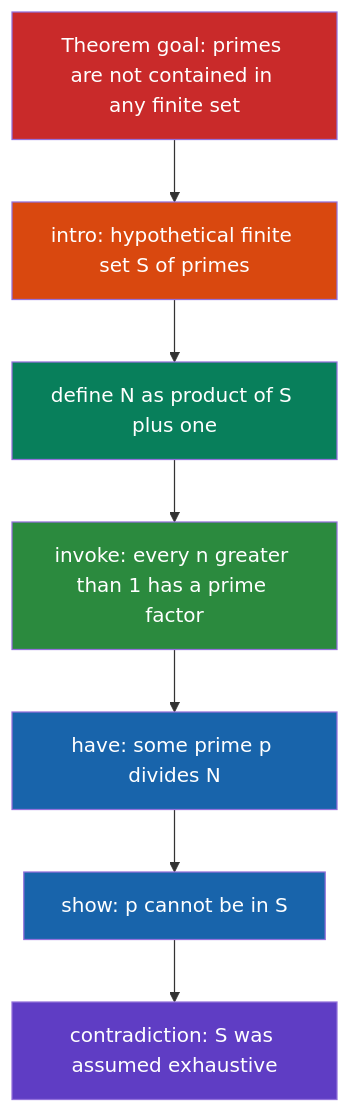
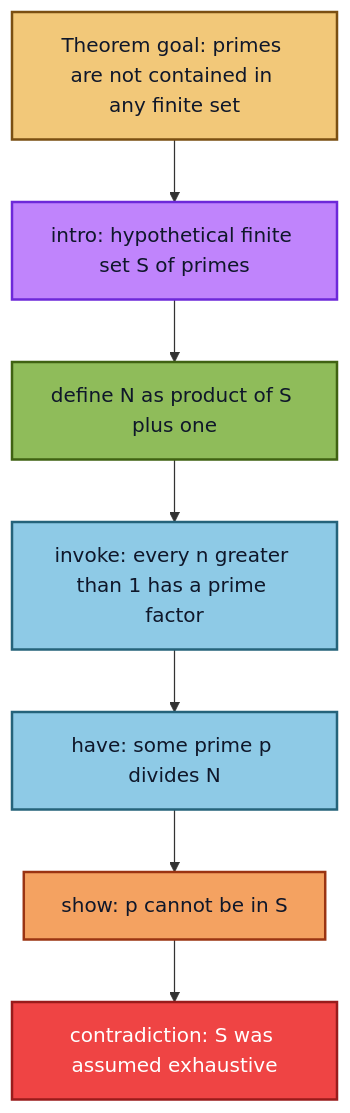
One commit to garywelz/progframe changed the fourth of 8 diagrams in collaborations/mathematics-database/algorithms-axiomatic-theories-proofs-revised.md. Above: the diagram before and after it, drawn with Mermaid. The commit also changed other lines of this file and 13 other files, not shown here.

````diff
--- a/collaborations/mathematics-database/algorithms-axiomatic-theories-proofs-revised.md
+++ b/collaborations/mathematics-database/algorithms-axiomatic-theories-proofs-revised.md
@@ -289,18 +300,23 @@
 ```mermaid
 flowchart TD
     T["Theorem goal: primes are not contained in any finite set"]
     G1["intro: hypothetical finite set S of primes"]
     G2["define N as product of S plus one"]
     G3["invoke: every n greater than 1 has a prime factor"]
     G4["have: some prime p divides N"]
     G5["show: p cannot be in S"]
     G6["contradiction: S was assumed exhaustive"]
     T --> G1 --> G2 --> G3 --> G4 --> G5 --> G6
-    style T fill:#c92a2a,color:#fff
-    style G1 fill:#d9480f,color:#fff
-    style G2 fill:#087f5b,color:#fff
-    style G3 fill:#2b8a3e,color:#fff
-    style G4 fill:#1864ab,color:#fff
-    style G5 fill:#1864ab,color:#fff
-    style G6 fill:#5f3dc4,color:#fff
+    classDef proofSource fill:#f2c879,stroke:#7a4f12,color:#0f172a,stroke-width:2px
+    classDef proofAssumption fill:#c084fc,stroke:#6d28d9,color:#0f172a,stroke-width:2px
+    classDef proofConstruction fill:#8fbc5a,stroke:#3f6212,color:#0f172a,stroke-width:2px
+    classDef proofAssertion fill:#8ecae6,stroke:#25637a,color:#0f172a,stroke-width:2px
+    classDef proofInference fill:#f4a261,stroke:#9a3412,color:#0f172a,stroke-width:2px
+    classDef proofContradiction fill:#ef4444,stroke:#991b1b,color:#ffffff,stroke-width:2px
+    class T proofSource
+    class G1 proofAssumption
+    class G2 proofConstruction
+    class G3,G4 proofAssertion
+    class G5 proofInference
+    class G6 proofContradiction
 ```
````
